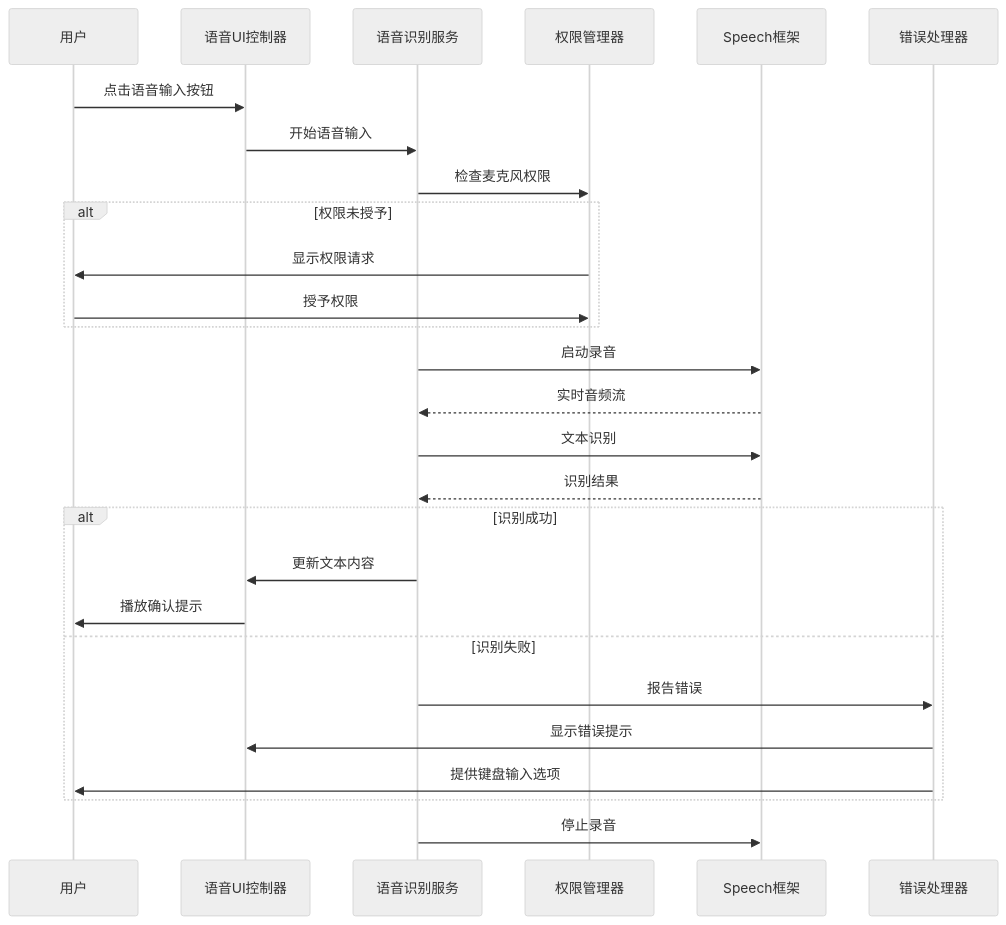
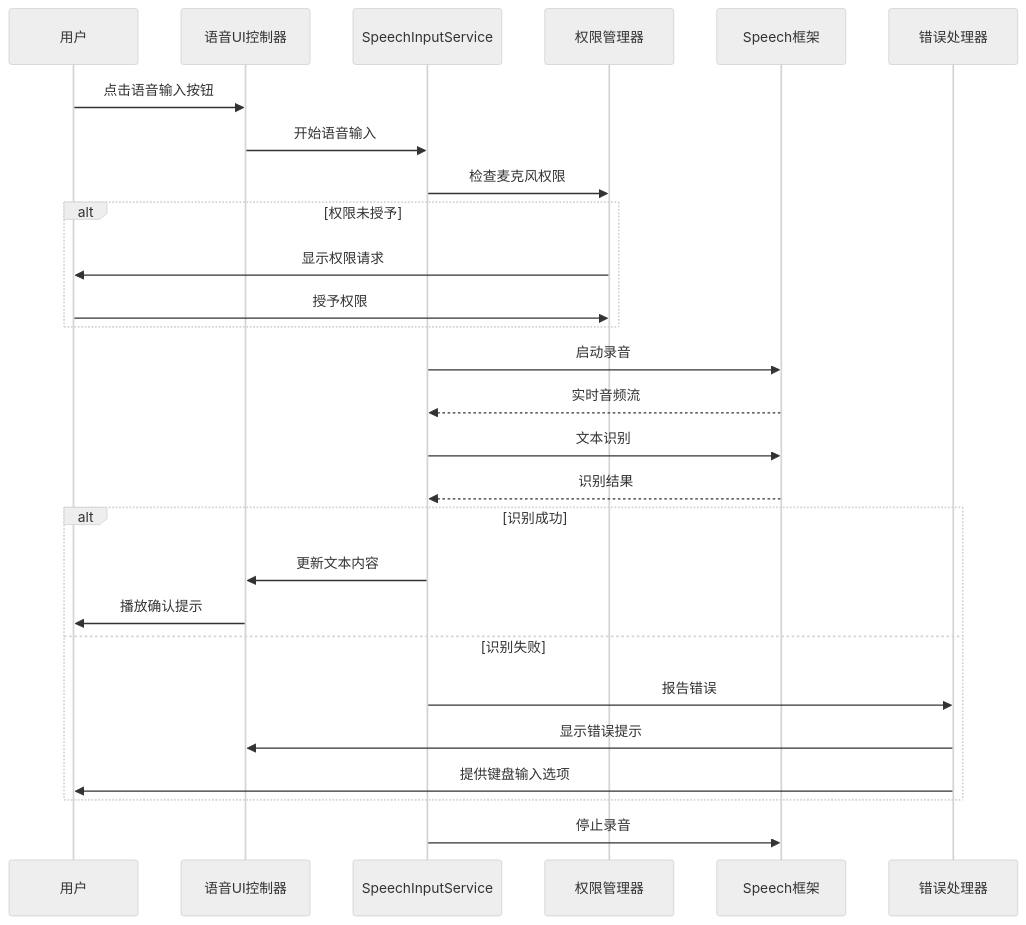
Before and after one commit to Jayden23018/blind-run-ios: the fourth of 7 diagrams in .qoder/repowiki/zh/content/开发指南/编码规范与最佳实践/无障碍开发规范/语音输入集成.md, drawn with Mermaid (neutral theme). The commit also changed other lines of this file and 14 other files, not shown here.

Commit message:
Improve blind runner booking map and speech input flows

````diff
--- a/.qoder/repowiki/zh/content/开发指南/编码规范与最佳实践/无障碍开发规范/语音输入集成.md
+++ b/.qoder/repowiki/zh/content/开发指南/编码规范与最佳实践/无障碍开发规范/语音输入集成.md
@@ -181,29 +201,29 @@
 ```mermaid
 sequenceDiagram
 participant User as 用户
 participant UI as 语音UI控制器
-participant Service as 语音识别服务
+participant Service as SpeechInputService
 participant Perm as 权限管理器
 participant Speech as Speech框架
 participant Handler as 错误处理器
 User->>UI : 点击语音输入按钮
 UI->>Service : 开始语音输入
 Service->>Perm : 检查麦克风权限
 alt 权限未授予
 Perm->>User : 显示权限请求
 User->>Perm : 授予权限
 end
 Service->>Speech : 启动录音
 Speech-->>Service : 实时音频流
 Service->>Speech : 文本识别
 Speech-->>Service : 识别结果
 alt 识别成功
 Service->>UI : 更新文本内容
 UI->>User : 播放确认提示
 else 识别失败
 Service->>Handler : 报告错误
 Handler->>UI : 显示错误提示
 Handler->>User : 提供键盘输入选项
 end
 Service->>Speech : 停止录音
 ```
````
